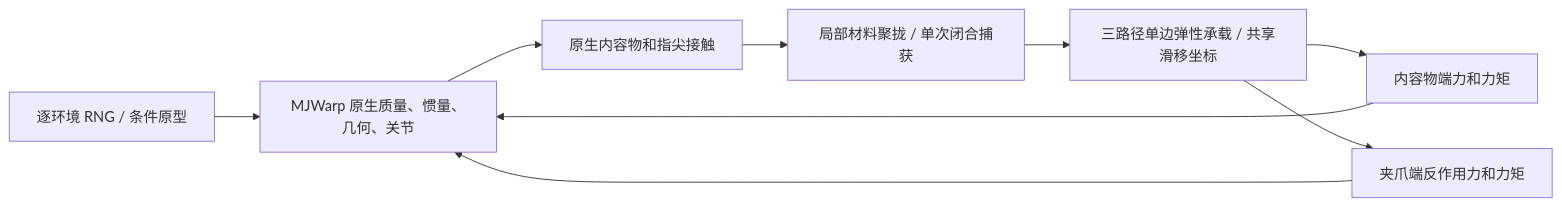
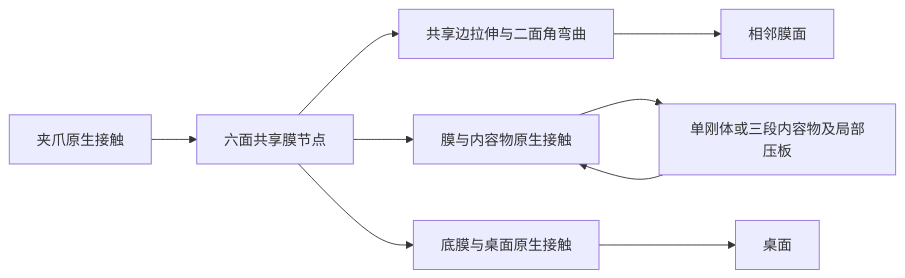
One commit to pig27777/randomization changed the diagram in contents/parcel/README.md. Above: the diagram before and after it, drawn with Mermaid. The commit also changed other lines of this file and 2159 other files, not shown here.

````diff
--- a/contents/parcel/README.md
+++ b/contents/parcel/README.md
@@ -5,11 +9,11 @@
 ```mermaid
 flowchart LR
-  RNG[逐环境 RNG / 条件原型] --> Native[MJWarp 原生质量、惯量、几何、关节]
-  Native --> Contact[原生内容物和指尖接触]
-  Contact --> A[局部材料聚拢 / 单次闭合捕获]
-  A --> B[三路径单边弹性承载 / 共享滑移坐标]
-  B --> Payload[内容物端力和力矩]
-  B --> Gripper[夹爪端反作用力和力矩]
-  Payload --> Native
-  Gripper --> Native
+    J[夹爪原生接触] --> F[六面共享膜节点]
+    F --> T[共享边拉伸与二面角弯曲]
+    T --> A[相邻膜面]
+    F --> P[膜与内容物原生接触]
+    P --> C[单刚体或三段内容物及局部压板]
+    C --> P
+    F --> B[底膜与桌面原生接触]
+    B --> G[桌面]
 ```
````
